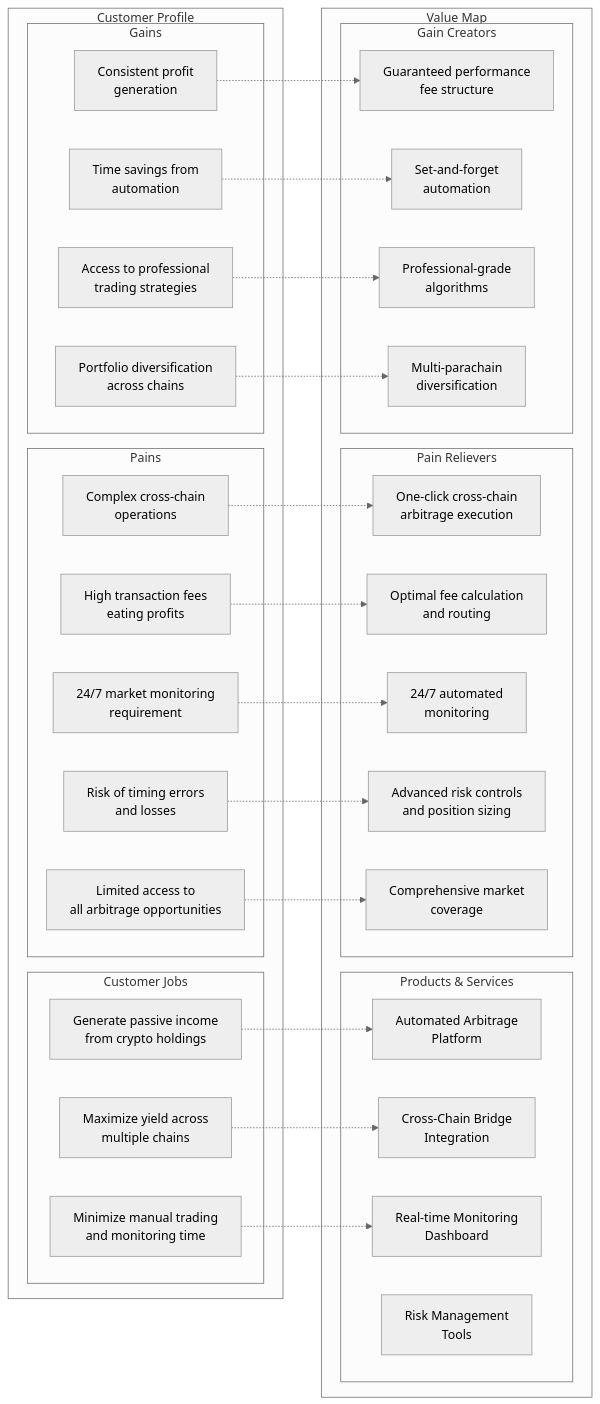
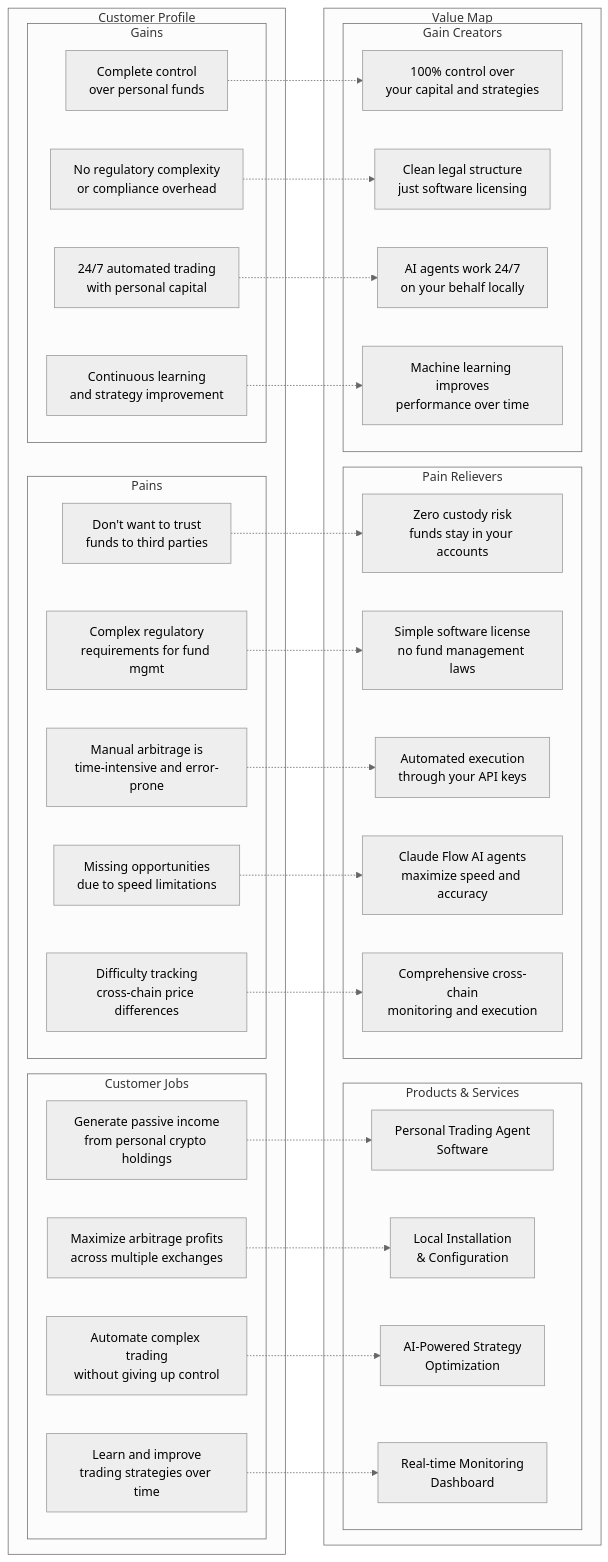
One commit to michaeloboyle/brainstorm-collaboration changed the fourth of 23 diagrams in ideas/polkadot-arbitrage-system.md. Above: the diagram before and after it, drawn with Mermaid (neutral theme). The commit also changed other lines of this file, not shown here.

````diff
--- a/ideas/polkadot-arbitrage-system.md
+++ b/ideas/polkadot-arbitrage-system.md
@@ -162,62 +164,64 @@
 ```mermaid
 graph LR
     subgraph "Customer Profile"
         subgraph "Customer Jobs"
-            CJ1[Generate passive income<br/>from crypto holdings]
-            CJ2[Maximize yield across<br/>multiple chains]
-            CJ3[Minimize manual trading<br/>and monitoring time]
+            CJ1[Generate passive income<br/>from personal crypto holdings]
+            CJ2[Maximize arbitrage profits<br/>across multiple exchanges]
+            CJ3[Automate complex trading<br/>without giving up control]
+            CJ4[Learn and improve<br/>trading strategies over time]
         end
 
         subgraph "Pains"
-            P1[Complex cross-chain<br/>operations]
-            P2[High transaction fees<br/>eating profits]
-            P3[24/7 market monitoring<br/>requirement]
-            P4[Risk of timing errors<br/>and losses]
-            P5[Limited access to<br/>all arbitrage opportunities]
+            P1[Don't want to trust<br/>funds to third parties]
+            P2[Complex regulatory<br/>requirements for fund mgmt]
+            P3[Manual arbitrage is<br/>time-intensive and error-prone]
+            P4[Missing opportunities<br/>due to speed limitations]
+            P5[Difficulty tracking<br/>cross-chain price differences]
         end
 
         subgraph "Gains"
-            G1[Consistent profit<br/>generation]
-            G2[Time savings from<br/>automation]
-            G3[Access to professional<br/>trading strategies]
-            G4[Portfolio diversification<br/>across chains]
+            G1[Complete control<br/>over personal funds]
+            G2[No regulatory complexity<br/>or compliance overhead]
+            G3[24/7 automated trading<br/>with personal capital]
+            G4[Continuous learning<br/>and strategy improvement]
         end
     end
 
     subgraph "Value Map"
         subgraph "Products & Services"
-            PS1[Automated Arbitrage<br/>Platform]
-            PS2[Cross-Chain Bridge<br/>Integration]
-            PS3[Real-time Monitoring<br/>Dashboard]
-            PS4[Risk Management<br/>Tools]
+            PS1[Personal Trading Agent<br/>Software]
+            PS2[Local Installation<br/>& Configuration]
+            PS3[AI-Powered Strategy<br/>Optimization]
+            PS4[Real-time Monitoring<br/>Dashboard]
         end
 
         subgraph "Pain Relievers"
-            PR1[One-click cross-chain<br/>arbitrage execution]
-            PR2[Optimal fee calculation<br/>and routing]
-            PR3[24/7 automated<br/>monitoring]
-            PR4[Advanced risk controls<br/>and position sizing]
-            PR5[Comprehensive market<br/>coverage]
+            PR1[Zero custody risk<br/>funds stay in your accounts]
+            PR2[Simple software license<br/>no fund management laws]
+            PR3[Automated execution<br/>through your API keys]
+            PR4[Claude Flow AI agents<br/>maximize speed and accuracy]
+            PR5[Comprehensive cross-chain<br/>monitoring and execution]
         end
 
         subgraph "Gain Creators"
-            GC1[Guaranteed performance<br/>fee structure]
-            GC2[Set-and-forget<br/>automation]
-            GC3[Professional-grade<br/>algorithms]
-            GC4[Multi-parachain<br/>diversification]
+            GC1[100% control over<br/>your capital and strategies]
+            GC2[Clean legal structure<br/>just software licensing]
+            GC3[AI agents work 24/7<br/>on your behalf locally]
+            GC4[Machine learning improves<br/>performance over time]
         end
     end
 
     CJ1 -.-> PS1
     CJ2 -.-> PS2
     CJ3 -.-> PS3
+    CJ4 -.-> PS4
     P1 -.-> PR1
     P2 -.-> PR2
     P3 -.-> PR3
     P4 -.-> PR4
     P5 -.-> PR5
     G1 -.-> GC1
     G2 -.-> GC2
     G3 -.-> GC3
     G4 -.-> GC4
 ```
````
